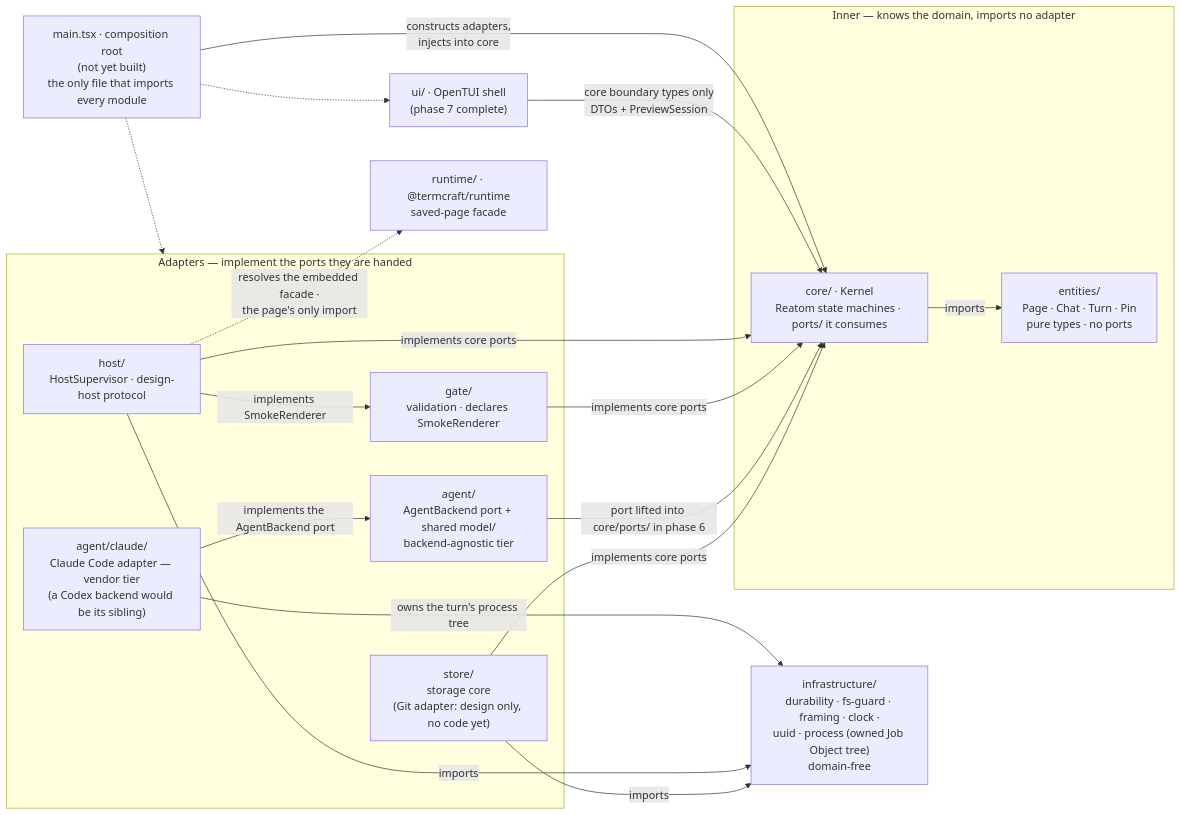
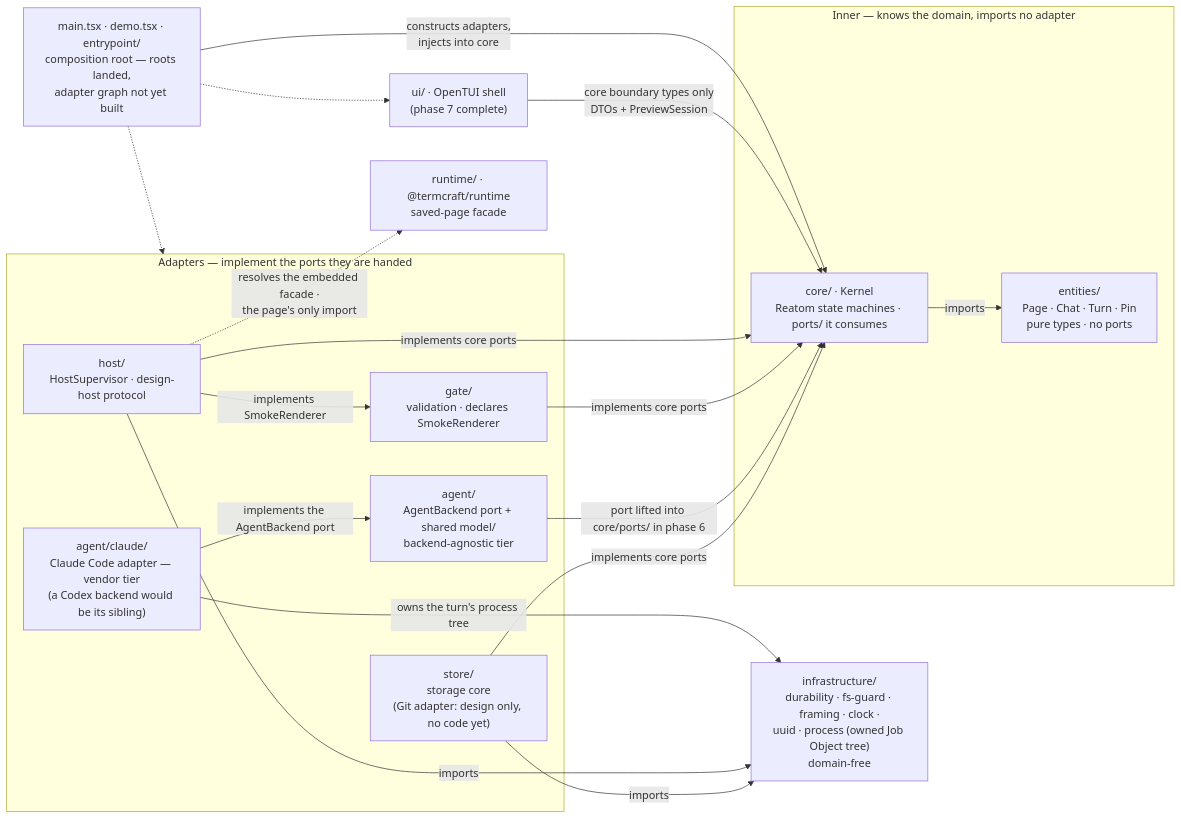
Before and after one commit to khmilevoi/termcraft: the diagram in docs/architecture/code-structure.md, drawn with Mermaid. The commit also changed other lines of this file and 4 other files, not shown here.

First line of the commit message:
docs: record the landed entrypoints and the deferred adapter graph

````diff
--- a/docs/architecture/code-structure.md
+++ b/docs/architecture/code-structure.md
@@ -15,37 +18,37 @@
 ```mermaid
 flowchart LR
-    main["main.tsx · composition root<br/>(not yet built)<br/>the only file that imports every module"]
+    main["main.tsx · demo.tsx · entrypoint/<br/>composition root — roots landed,<br/>adapter graph not yet built"]
 
     subgraph adapters["Adapters — implement the ports they are handed"]
         store["store/<br/>storage core<br/>(Git adapter: design only, no code yet)"]
         agent["agent/<br/>AgentBackend port + shared model/<br/>backend-agnostic tier"]
         claude["agent/claude/<br/>Claude Code adapter — vendor tier<br/>(a Codex backend would be its sibling)"]
         gate["gate/<br/>validation · declares SmokeRenderer"]
         host["host/<br/>HostSupervisor · design-host protocol"]
     end
 
     subgraph inner["Inner — knows the domain, imports no adapter"]
         core["core/ · Kernel<br/>Reatom state machines · ports/ it consumes"]
         entities["entities/<br/>Page · Chat · Turn · Pin<br/>pure types · no ports"]
     end
 
     ui["ui/ · OpenTUI shell<br/>(phase 7 complete)"]
     runtime["runtime/ · @termcraft/runtime<br/>saved-page facade"]
     infra["infrastructure/<br/>durability · fs-guard · framing · clock ·<br/>uuid · process (owned Job Object tree)<br/>domain-free"]
 
     core -- imports --> entities
     store -- "implements core ports" --> core
     agent -- "port lifted into core/ports/ in phase 6" --> core
     gate -- "implements core ports" --> core
     host -- "implements core ports" --> core
     host -- "implements SmokeRenderer" --> gate
     claude -- "implements the AgentBackend port" --> agent
     ui -- "core boundary types only<br/>DTOs + PreviewSession" --> core
     store -- imports --> infra
     host -- imports --> infra
     claude -- "owns the turn's process tree" --> infra
     host -. "resolves the embedded facade ·<br/>the page's only import" .-> runtime
     main -- "constructs adapters,<br/>injects into core" --> core
     main -.-> adapters
     main -.-> ui
 ```
````
